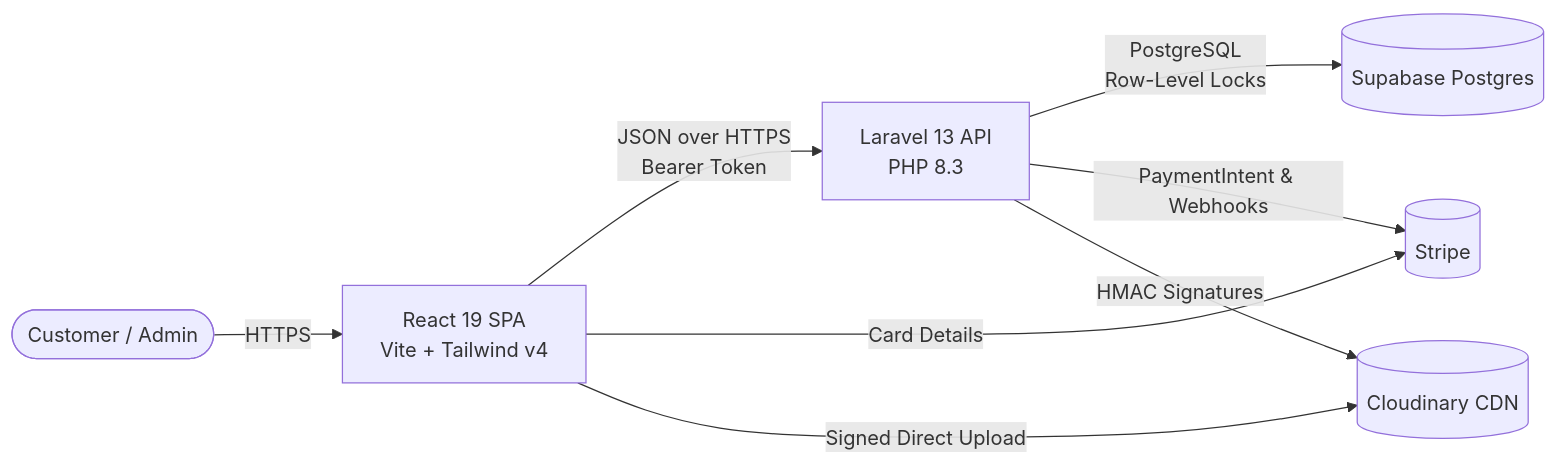
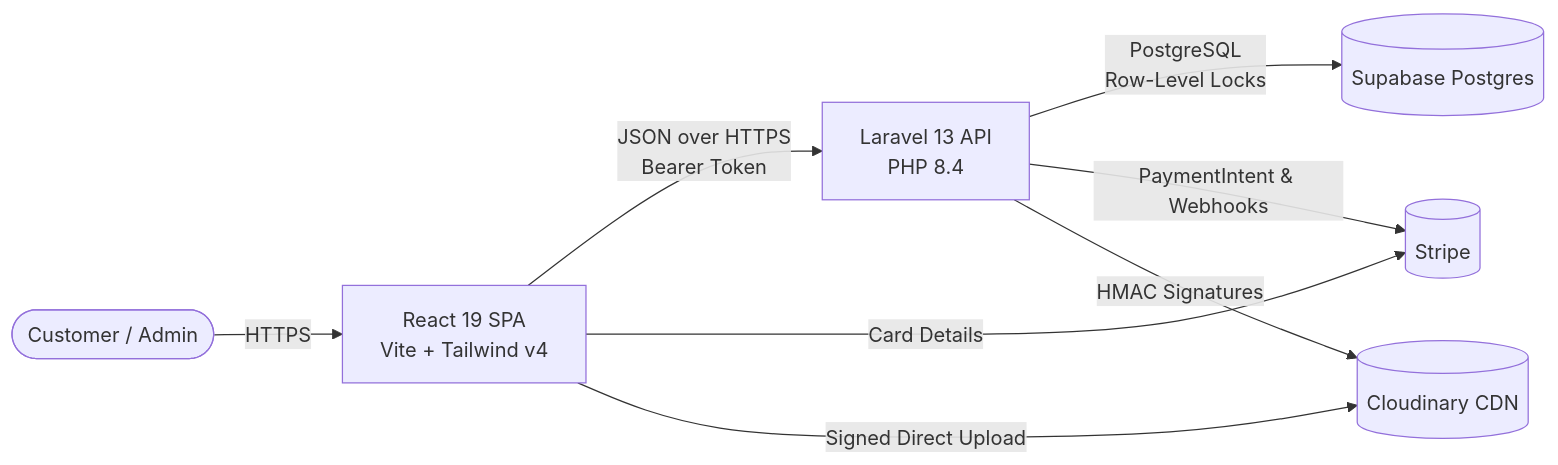
One commit to MARCAAAAARRON/trueharbor changed the first of 2 diagrams in README.md. Above: the diagram before and after it, drawn with Mermaid. The commit also changed other lines of this file and 2 other files, not shown here.

Commit message:
fix(docker): upgrade php runtime to 8.4 for composer dependencies

````diff
--- a/README.md
+++ b/README.md
@@ -24,10 +24,10 @@
 ```mermaid
 flowchart LR
     Client([Customer / Admin]) -->|HTTPS| SPA[React 19 SPA<br/>Vite + Tailwind v4]
-    SPA -->|JSON over HTTPS<br/>Bearer Token| API[Laravel 13 API<br/>PHP 8.3]
+    SPA -->|JSON over HTTPS<br/>Bearer Token| API[Laravel 13 API<br/>PHP 8.4]
     SPA -->|Card Details| Stripe[(Stripe)]
     SPA -->|Signed Direct Upload| Cloudinary[(Cloudinary CDN)]
     API -->|PostgreSQL<br/>Row-Level Locks| DB[(Supabase Postgres)]
     API -->|PaymentIntent & Webhooks| Stripe
     API -->|HMAC Signatures| Cloudinary
 ```
````
